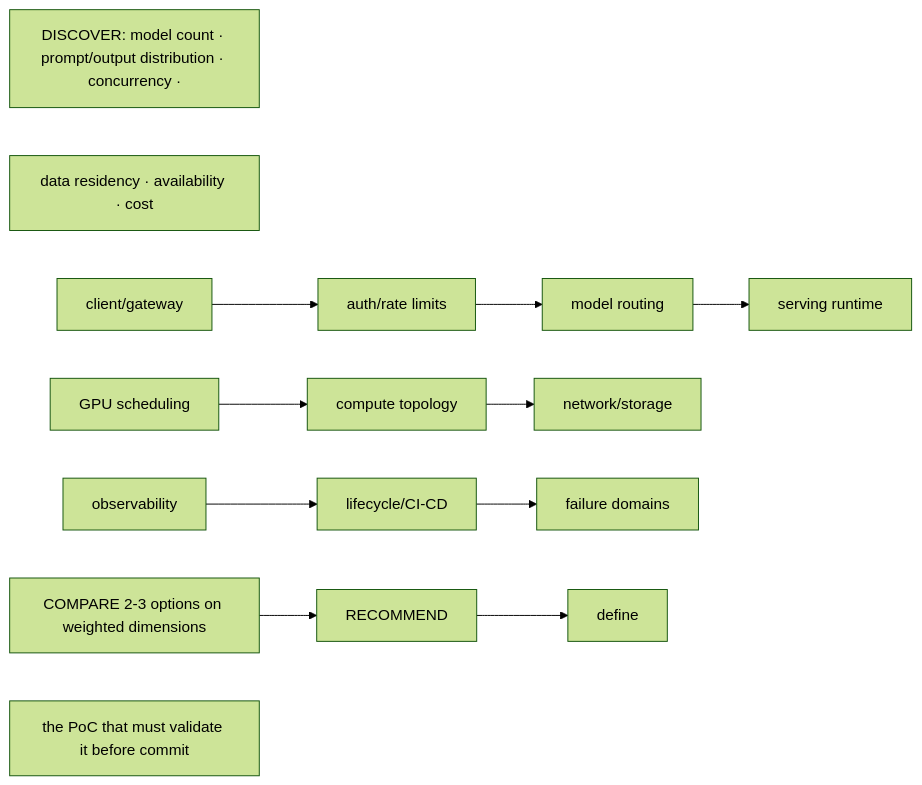
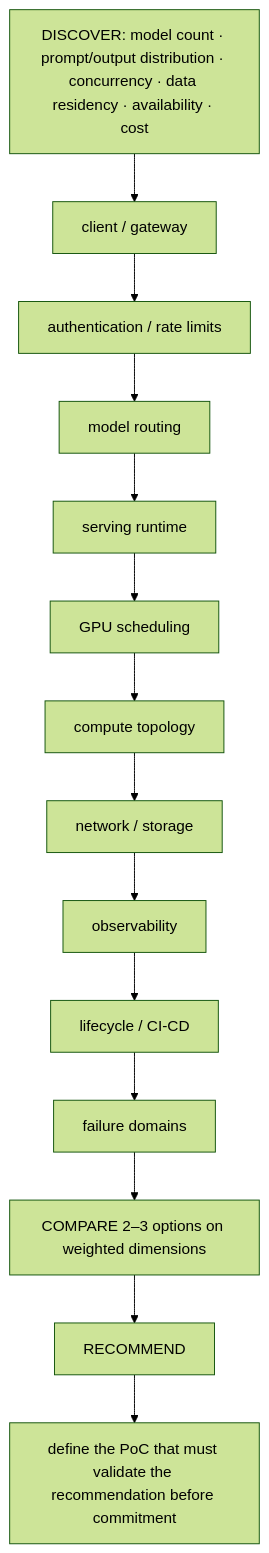
Before and after one commit to jithinpnjm/nvidia-devops: the diagram in docs/volume-09/20-question-set-g-whiteboard-production-genai-platform.md, drawn with Mermaid (forest theme). The commit also changed 99 other files, not shown here.

````diff
--- a/docs/volume-09/20-question-set-g-whiteboard-production-genai-platform.md
+++ b/docs/volume-09/20-question-set-g-whiteboard-production-genai-platform.md
@@ -13,29 +13,9 @@
 ```mermaid
-flowchart LR
-  %% Converted from the original ASCII diagram; source wording is preserved.
-  n0["DISCOVER: model count · prompt/output distribution · concurrency ·"]
-  n1["data residency · availability · cost"]
-  n2["client/gateway"]
-  n3["auth/rate limits"]
-  n4["model routing"]
-  n5["serving runtime"]
-  n6["GPU scheduling"]
-  n7["compute topology"]
-  n8["network/storage"]
-  n9["observability"]
-  n10["lifecycle/CI-CD"]
-  n11["failure domains"]
-  n12["COMPARE 2-3 options on weighted dimensions"]
-  n13["RECOMMEND"]
-  n14["define"]
-  n15["the PoC that must validate it before commit"]
-  n2 --> n3
-  n3 --> n4
-  n4 --> n5
-  n6 --> n7
-  n7 --> n8
-  n9 --> n10
-  n10 --> n11
-  n12 --> n13
-  n13 --> n14
+flowchart TD
+  Discover["DISCOVER: model count · prompt/output distribution · concurrency · data residency · availability · cost"]
+  Discover --> Client["client / gateway"] --> Auth["authentication / rate limits"] --> Routing["model routing"]
+  Routing --> Serving["serving runtime"] --> GPU["GPU scheduling"] --> Topology["compute topology"] --> Network["network / storage"]
+  Network --> Observe["observability"] --> Lifecycle["lifecycle / CI-CD"] --> Failure["failure domains"]
+  Failure --> Compare["COMPARE 2–3 options on weighted dimensions"] --> Recommend["RECOMMEND"]
+  Recommend --> PoC["define the PoC that must validate the recommendation before commitment"]
 ```
````
